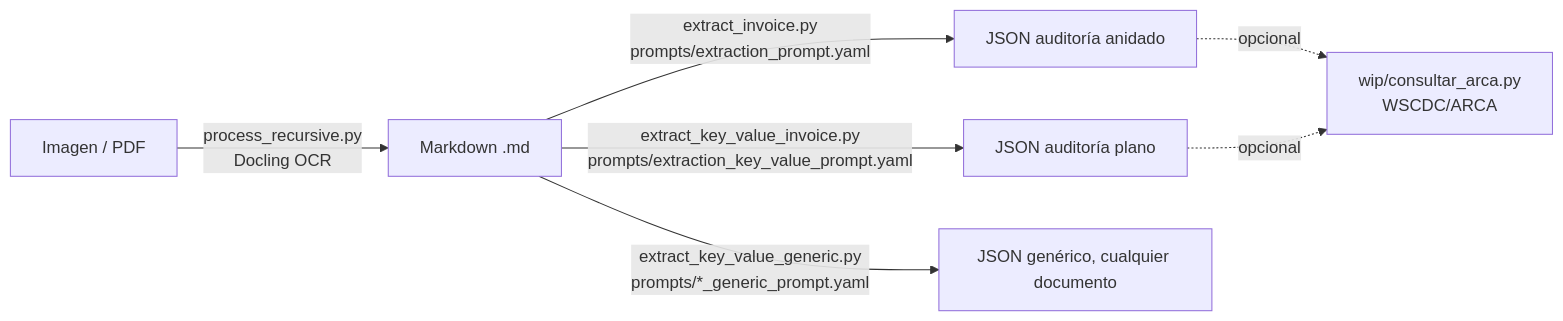
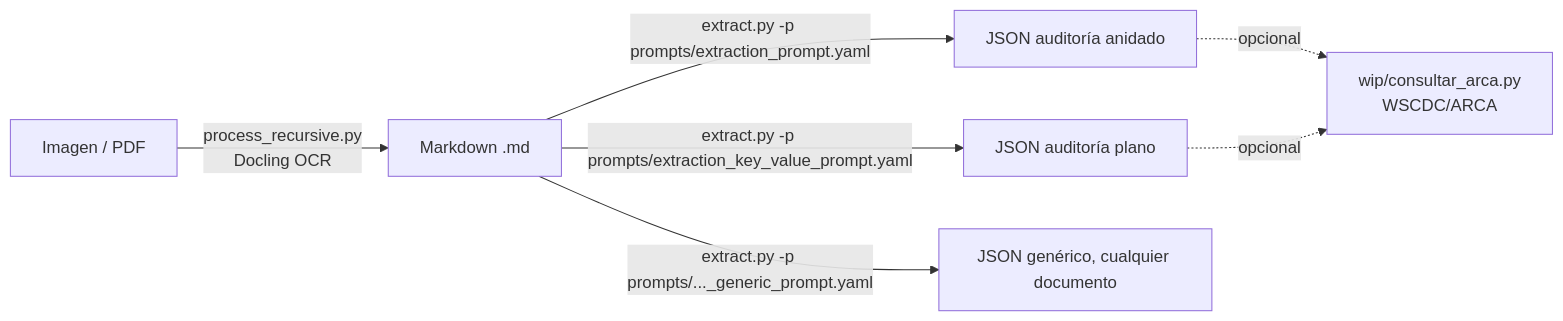
Before and after one commit to mariogarcia-ar/docling-ibm: the diagram in README.md, drawn with Mermaid. The commit also changed other lines of this file and 2 other files, not shown here.

Commit message:
Add extraction prompts for invoice auditing in key-value format

````diff
--- a/README.md
+++ b/README.md
@@ -10,9 +10,9 @@
 ```mermaid
 flowchart LR
     A[Imagen / PDF] -->|process_recursive.py<br/>Docling OCR| B[Markdown .md]
-    B -->|extract_invoice.py<br/>prompts/extraction_prompt.yaml| D[JSON auditoría anidado]
-    B -->|extract_key_value_invoice.py<br/>prompts/extraction_key_value_prompt.yaml| E2[JSON auditoría plano]
-    B -->|extract_key_value_generic.py<br/>prompts/*_generic_prompt.yaml| F[JSON genérico, cualquier documento]
+    B -->|extract.py -p prompts/extraction_prompt.yaml| D[JSON auditoría anidado]
+    B -->|extract.py -p prompts/extraction_key_value_prompt.yaml| E2[JSON auditoría plano]
+    B -->|extract.py -p prompts/..._generic_prompt.yaml| F[JSON genérico, cualquier documento]
     D -.opcional.-> E[wip/consultar_arca.py<br/>WSCDC/ARCA]
     E2 -.opcional.-> E
 ```
````
